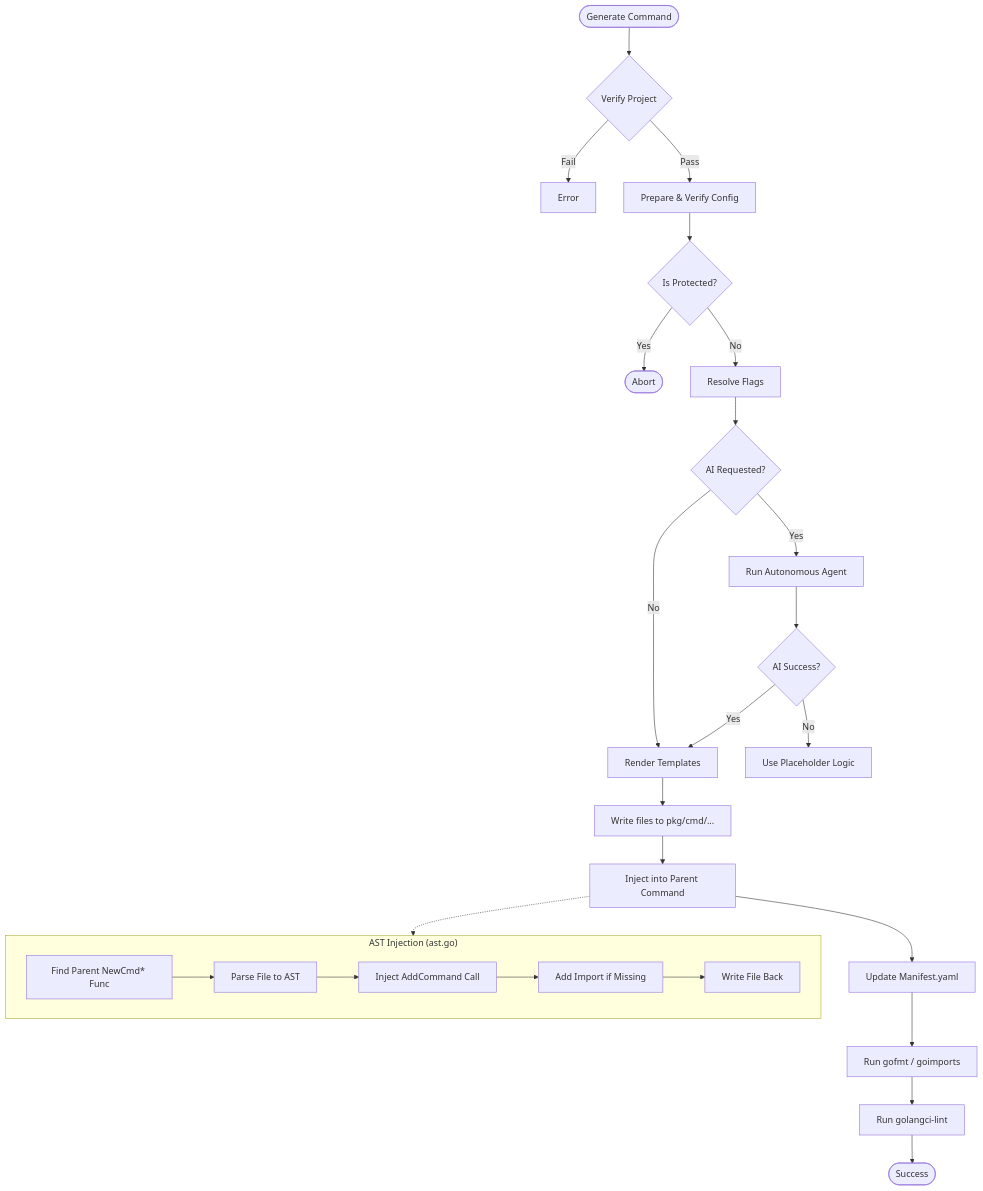
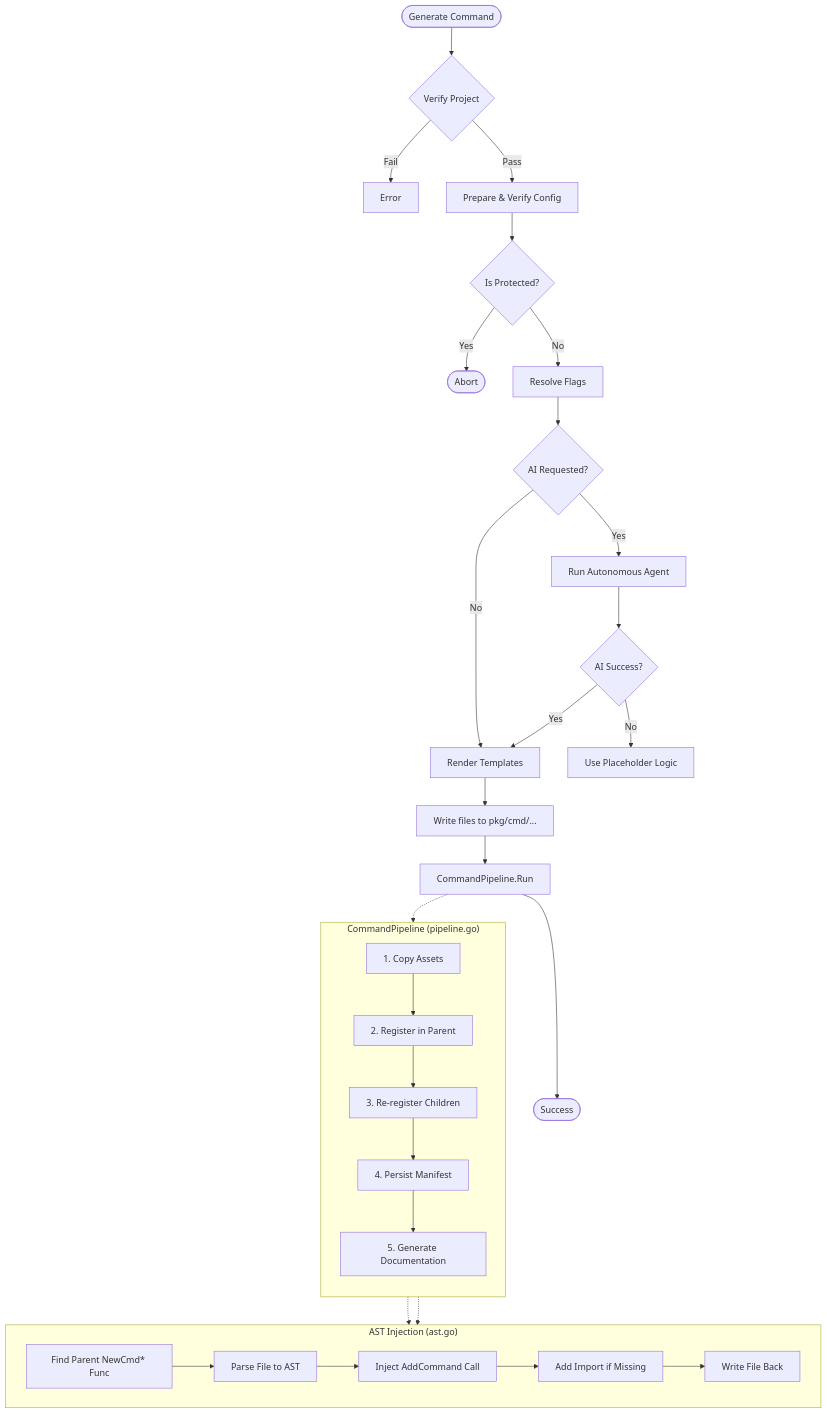
Before and after one commit to phpboyscout/gtb: the second of 2 diagrams in docs/components/internal/generator.md, drawn with Mermaid. The commit also changed other lines of this file and 21 other files, not shown here.

First line of the commit message:
feat(generator): refactor generation pipeline with CommandPipeline and structured manifest updates

````diff
--- a/docs/components/internal/generator.md
+++ b/docs/components/internal/generator.md
@@ -90,38 +90,45 @@
 ```mermaid
 flowchart TD
     Start([Generate Command]) --> Verify{Verify Project}
     Verify -- Fail --> Error
     Verify -- Pass --> Prep[Prepare & Verify Config]
 
     Prep --> Protected{Is Protected?}
     Protected -- Yes --> Stop([Abort])
     Protected -- No --> ResolveFlags[Resolve Flags]
 
     ResolveFlags --> AI{AI Requested?}
     AI -- Yes --> RunAI[Run Autonomous Agent]
     AI -- No --> Render[Render Templates]
 
     RunAI --> VerifyAI{AI Success?}
     VerifyAI -- No --> Fallback[Use Placeholder Logic]
     VerifyAI -- Yes --> Render
 
     Render --> FileSys[Write files to pkg/cmd/...]
-    FileSys --> ModifyAST[Inject into Parent Command]
+    FileSys --> Pipeline[CommandPipeline.Run]
 
-    ModifyAST --> Manifest[Update Manifest.yaml]
-    Manifest --> Format[Run gofmt / goimports]
-    Format --> Lint[Run golangci-lint]
-    Lint --> End([Success])
+    subgraph PipelineSteps["CommandPipeline (pipeline.go)"]
+        direction TB
+        P1[1. Copy Assets] --> P2[2. Register in Parent]
+        P2 --> P3[3. Re-register Children]
+        P3 --> P4[4. Persist Manifest]
+        P4 --> P5[5. Generate Documentation]
+    end
+
+    Pipeline -.-> PipelineSteps
+    Pipeline --> End([Success])
 
     subgraph ASTInjection["AST Injection (ast.go)"]
     FindParent[Find Parent NewCmd* Func]
     ParseAST[Parse File to AST]
     InjectCall[Inject AddCommand Call]
     InjectImport[Add Import if Missing]
     WriteAST[Write File Back]
 
     FindParent --> ParseAST --> InjectCall --> InjectImport --> WriteAST
     end
 
-    ModifyAST -.-> ASTInjection
+    P2 -.-> ASTInjection
+    P3 -.-> ASTInjection
 ```
````
